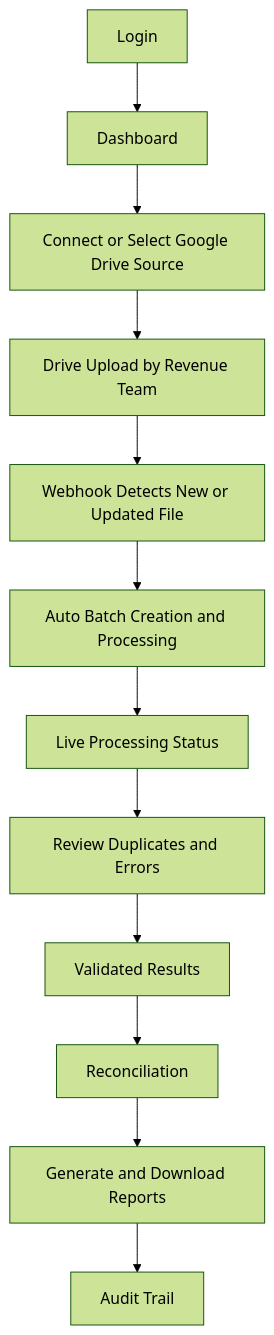
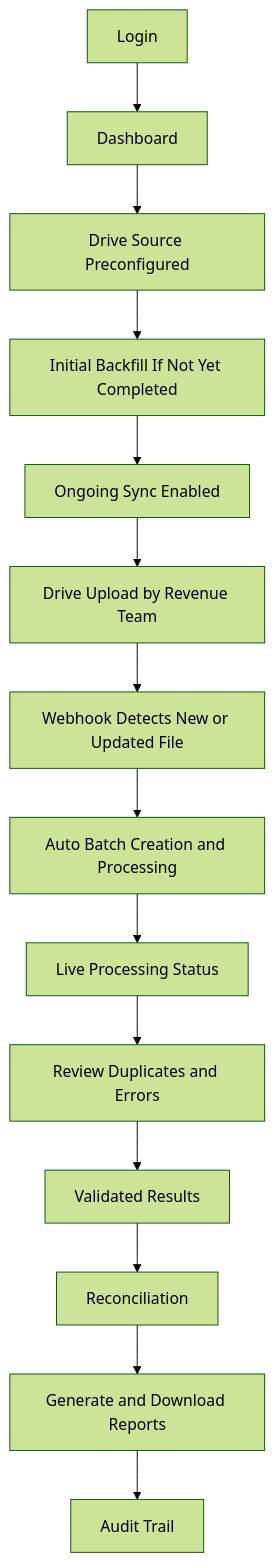
One commit to joseph-grospe/taxgenie-hackathon changed the diagram in docs/USER_JOURNEY.md. Above: the diagram before and after it, drawn with Mermaid (forest theme). The commit also changed other lines of this file and 4 other files, not shown here.

````diff
--- a/docs/USER_JOURNEY.md
+++ b/docs/USER_JOURNEY.md
@@ -5,14 +5,16 @@
 ```mermaid
 flowchart TD
     A[Login] --> B[Dashboard]
-    B --> C[Connect or Select Google Drive Source]
-    C --> D[Drive Upload by Revenue Team]
-    D --> E[Webhook Detects New or Updated File]
-    E --> F[Auto Batch Creation and Processing]
-    F --> G[Live Processing Status]
-    G --> H[Review Duplicates and Errors]
-    H --> I[Validated Results]
-    I --> J[Reconciliation]
-    J --> K[Generate and Download Reports]
-    K --> L[Audit Trail]
+    B --> C[Drive Source Preconfigured]
+    C --> D[Initial Backfill If Not Yet Completed]
+    D --> E[Ongoing Sync Enabled]
+    E --> F[Drive Upload by Revenue Team]
+    F --> G[Webhook Detects New or Updated File]
+    G --> H[Auto Batch Creation and Processing]
+    H --> I[Live Processing Status]
+    I --> J[Review Duplicates and Errors]
+    J --> K[Validated Results]
+    K --> L[Reconciliation]
+    L --> M[Generate and Download Reports]
+    M --> N[Audit Trail]
 ```
````
